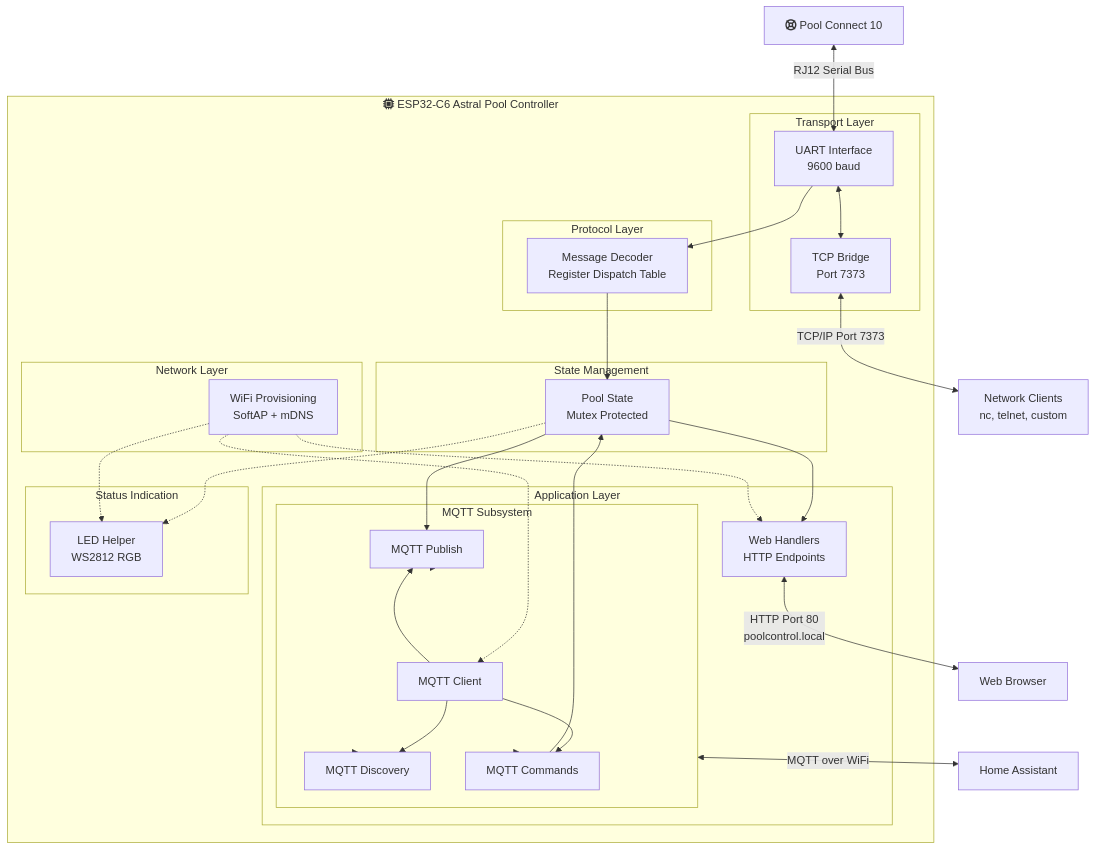
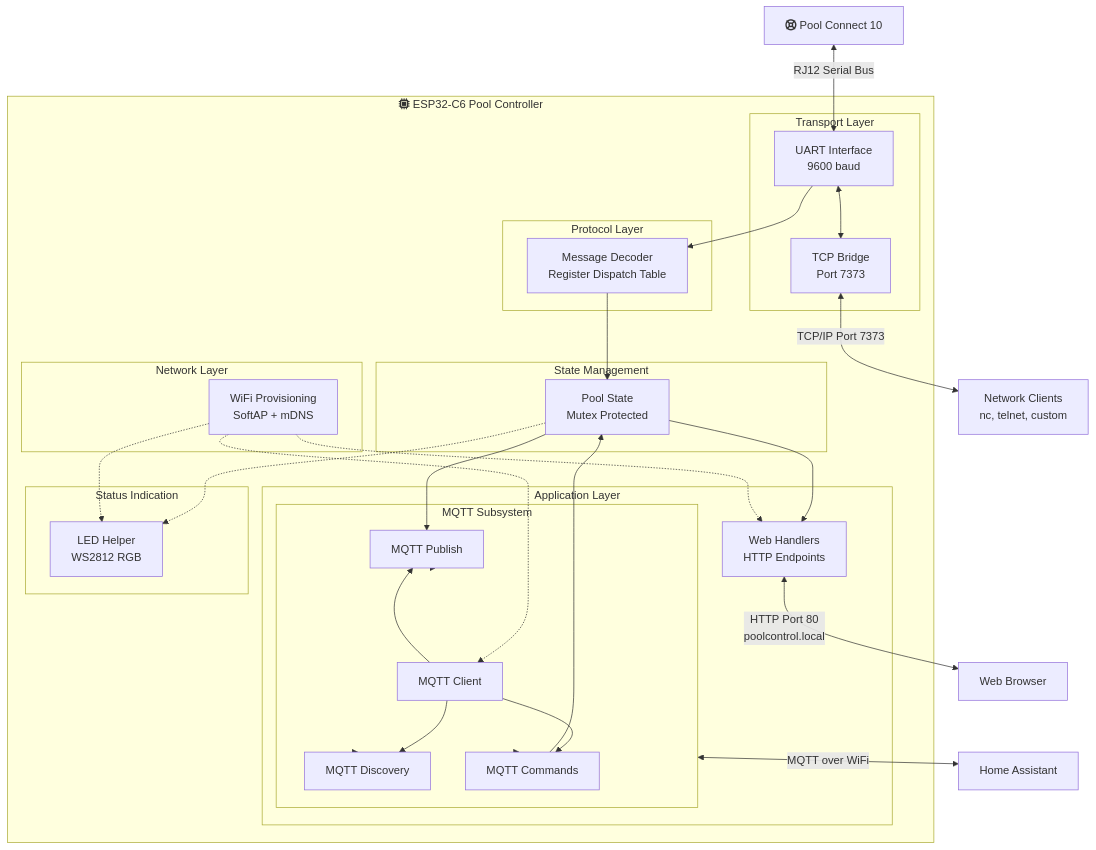
Before and after one commit to marklynch/pool-controller-code: the diagram in README.md, drawn with Mermaid. The commit also changed other lines of this file and 9 other files, not shown here.

````diff
--- a/README.md
+++ b/README.md
@@ -120,65 +120,65 @@
 ```mermaid
 flowchart TD
 
     Pool[fa:fa-life-ring Pool Connect 10]
 
-    subgraph ESP32-C6[fa:fa-microchip ESP32-C6 Astral Pool Controller]
+    subgraph ESP32-C6[fa:fa-microchip ESP32-C6 Pool Controller]
         subgraph Transport[Transport Layer]
             UART[UART Interface<br/>9600 baud]
             TCP[TCP Bridge<br/>Port 7373]
         end
 
         subgraph Protocol[Protocol Layer]
             Decoder[Message Decoder<br/>Register Dispatch Table]
         end
 
         subgraph State[State Management]
             PoolState[Pool State<br/>Mutex Protected]
         end
 
         subgraph Network[Network Layer]
             WiFi[WiFi Provisioning<br/>SoftAP + mDNS]
         end
 
         subgraph Application[Application Layer]
             WebAPI[Web Handlers<br/>HTTP Endpoints]
 
             subgraph MQTTSub[MQTT Subsystem]
                 MQTTClient[MQTT Client]
                 MQTTPub[MQTT Publish]
                 MQTTDisc[MQTT Discovery]
                 MQTTCmd[MQTT Commands]
             end
         end
 
         subgraph Status[Status Indication]
             LED[LED Helper<br/>WS2812 RGB]
         end
 
         UART <--> TCP
         UART --> Decoder
         Decoder --> PoolState
         PoolState --> MQTTPub
         PoolState --> WebAPI
         MQTTCmd --> PoolState
         WiFi -.-> WebAPI
         WiFi -.-> MQTTClient
         MQTTClient --> MQTTPub
         MQTTClient --> MQTTDisc
         MQTTClient --> MQTTCmd
         MQTTPub --> MQTTSub
         MQTTDisc --> MQTTSub
         MQTTCmd --> MQTTSub
         PoolState -.-> LED
         WiFi -.-> LED
     end
 
     Clients[Network Clients<br/>nc, telnet, custom]
     Browser[Web Browser]
     HA[Home Assistant]
 
     Pool <-->|RJ12 Serial Bus| UART
     TCP <-->|TCP/IP Port 7373| Clients
     WebAPI <-->|HTTP Port 80<br/>poolcontrol.local| Browser
     MQTTSub <-->|MQTT over WiFi| HA
 ```
````
